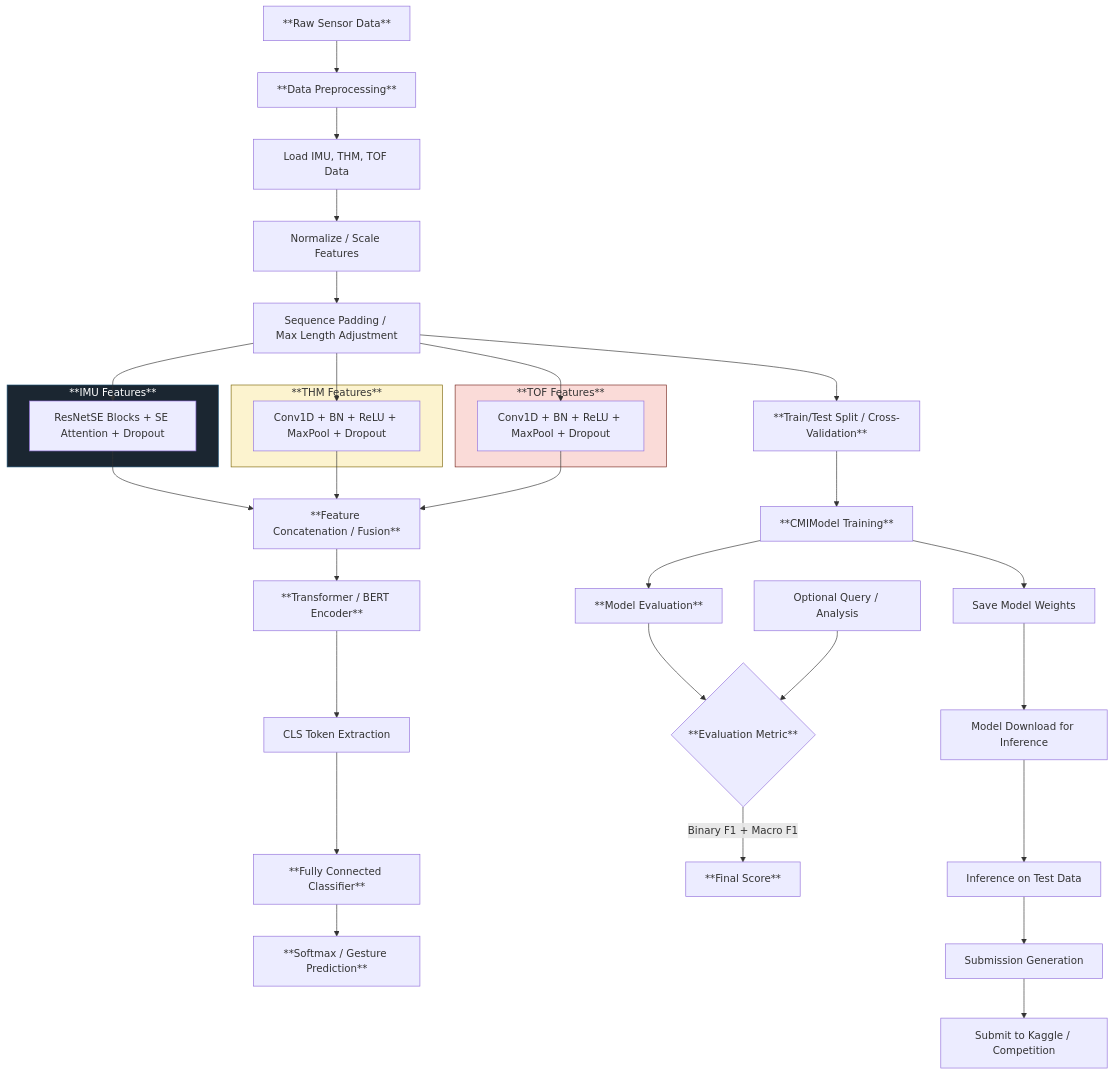
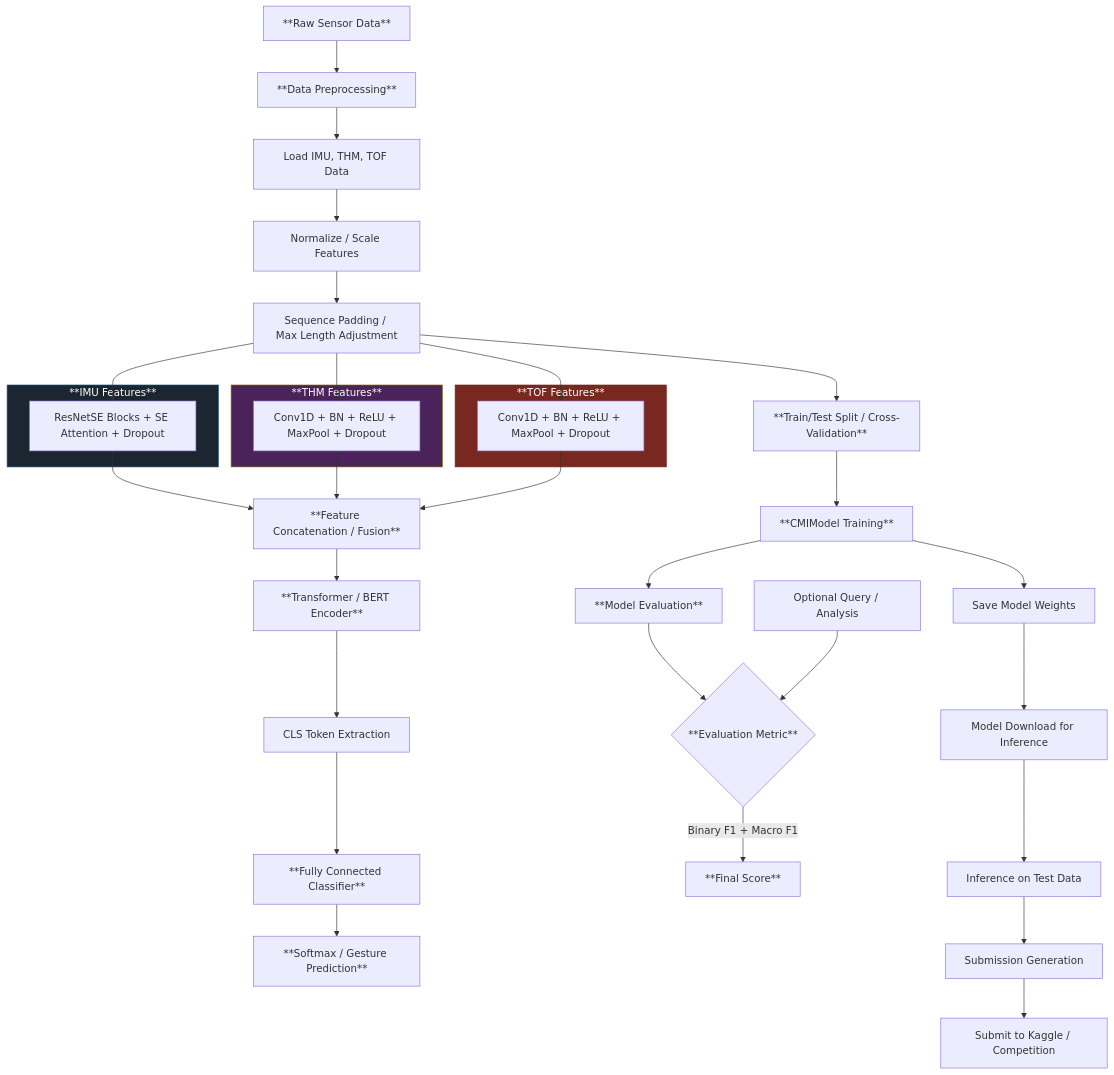
Before and after one commit to priyanshkeshari/Behavior-Detection: the diagram in README.md, drawn with Mermaid.

````diff
--- a/README.md
+++ b/README.md
@@ -95,58 +95,58 @@
 ```mermaid
 flowchart TD
     %% === Raw Data & Preprocessing ===
     A[**Raw Sensor Data**] --> B[**Data Preprocessing**]
     B --> B1[Load IMU, THM, TOF Data]
     B1 --> B2[Normalize / Scale Features]
     B2 --> B3[Sequence Padding / Max Length Adjustment]
 
     %% === Parallel Feature Extraction Lanes ===
     subgraph IMU_Lane[**IMU Features**]
         style IMU_Lane fill:#1B2631,stroke:#1B4F72,stroke-width:1px,color:#FFFFFF
         C1[ResNetSE Blocks + SE Attention + Dropout]
     end
 
     subgraph THM_Lane[**THM Features**]
-        style THM_Lane fill:#FCF3CF,stroke:#7D6608,stroke-width:1px
+        style THM_Lane fill:#4A235A,stroke:#7D6608,stroke-width:1px,color:#FFFFFF
         C2[Conv1D + BN + ReLU + MaxPool + Dropout]
     end
 
     subgraph TOF_Lane[**TOF Features**]
-        style TOF_Lane fill:#FADBD8,stroke:#78281F,stroke-width:1px
+        style TOF_Lane fill:#78281F,stroke:#78281F,stroke-width:1px,color:#FFFFFF
         C3[Conv1D + BN + ReLU + MaxPool + Dropout]
     end
 
     B3 --> C1
     B3 --> C2
     B3 --> C3
 
     %% === Fusion & Transformer ===
     C1 --> D[**Feature Concatenation / Fusion**]
     C2 --> D
     C3 --> D
 
     D --> E[**Transformer / BERT Encoder**]
     E --> F[CLS Token Extraction]
 
     %% === Classifier ===
     F --> G[**Fully Connected Classifier**]
     G --> H[**Softmax / Gesture Prediction**]
 
     %% === Train/Test Split & Evaluation ===
     B3 --> I[**Train/Test Split / Cross-Validation**]
     I --> J[**CMIModel Training**]
     J --> K[**Model Evaluation**]
     K --> L{**Evaluation Metric**}
     L -->|Binary F1 + Macro F1| M[**Final Score**]
 
     %% === Model Saving & Inference ===
     J --> N[Save Model Weights]
     N --> O[Model Download for Inference]
     O --> P[Inference on Test Data]
     P --> Q[Submission Generation]
     Q --> R[Submit to Kaggle / Competition]
 
     %% === Optional Query / Analysis ===
     U[Optional Query / Analysis] --> L
 
  ```   
````
